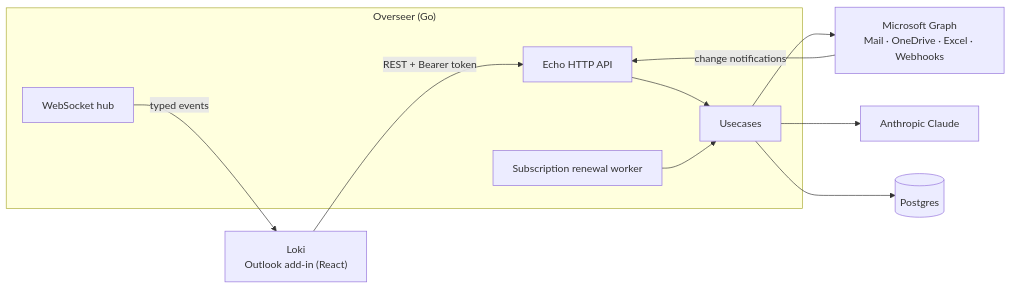
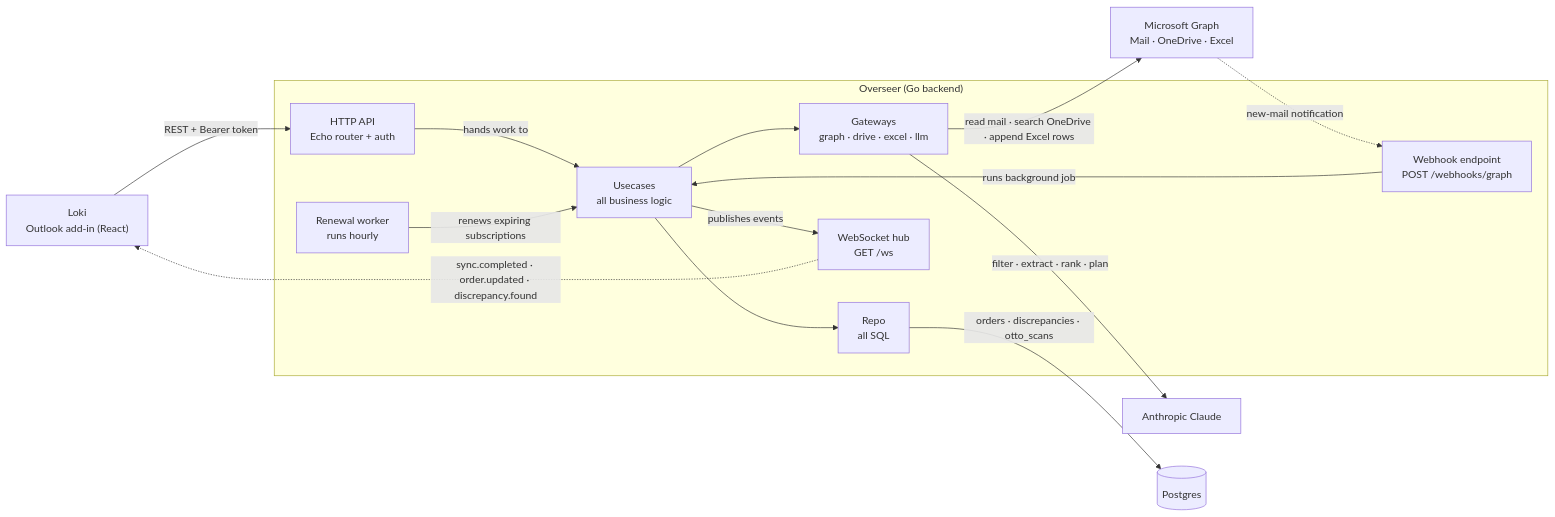
Before and after one commit to cabrerajulian401/Overseer-ThirdEye: the first of 2 diagrams in README.md, drawn with Mermaid. The commit also changed other lines of this file, not shown here.

Commit message:
docs: architecture diagram — show webhook/gateway/repo flow with labeled edges

````diff
--- a/README.md
+++ b/README.md
@@ -15,22 +15,31 @@
 ```mermaid
 flowchart LR
     Loki["Loki<br/>Outlook add-in (React)"]
-    subgraph Overseer["Overseer (Go)"]
-        HTTP["Echo HTTP API"]
-        WS["WebSocket hub"]
-        UC["Usecases"]
-        W["Subscription renewal worker"]
+
+    subgraph Overseer["Overseer (Go backend)"]
+        HTTP["HTTP API<br/>Echo router + auth"]
+        WH["Webhook endpoint<br/>POST /webhooks/graph"]
+        W["Renewal worker<br/>runs hourly"]
+        UC["Usecases<br/>all business logic"]
+        GW["Gateways<br/>graph · drive · excel · llm"]
+        REPO["Repo<br/>all SQL"]
+        WS["WebSocket hub<br/>GET /ws"]
     end
-    Graph["Microsoft Graph<br/>Mail · OneDrive · Excel · Webhooks"]
-    LLM["Anthropic Claude"]
+
+    MSG["Microsoft Graph<br/>Mail · OneDrive · Excel"]
+    CLAUDE["Anthropic Claude"]
     PG[("Postgres")]
 
-    Loki -- "REST + Bearer token" --> HTTP
-    WS -- "typed events" --> Loki
-    HTTP --> UC
-    W --> UC
-    UC --> Graph
-    UC --> LLM
-    UC --> PG
-    Graph -- "change notifications" --> HTTP
+    Loki -->|"REST + Bearer token"| HTTP
+    HTTP -->|"hands work to"| UC
+    MSG -.->|"new-mail notification"| WH
+    WH -->|"runs background job"| UC
+    W -->|"renews expiring subscriptions"| UC
+    UC --> GW
+    GW -->|"read mail · search OneDrive · append Excel rows"| MSG
+    GW -->|"filter · extract · rank · plan"| CLAUDE
+    UC --> REPO
+    REPO -->|"orders · discrepancies · otto_scans"| PG
+    UC -->|"publishes events"| WS
+    WS -.->|"sync.completed · order.updated · discrepancy.found"| Loki
 ```
````
